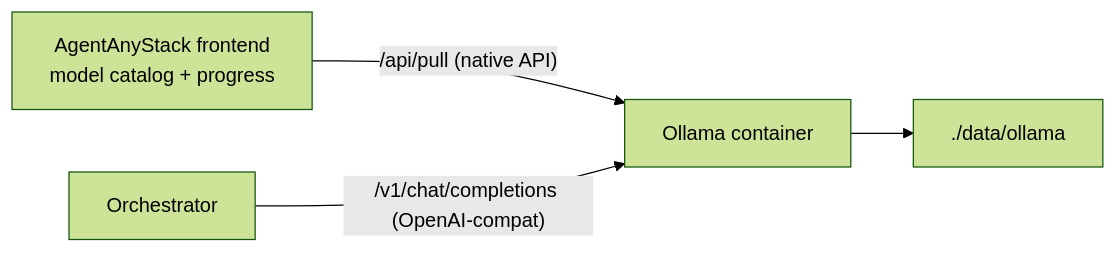
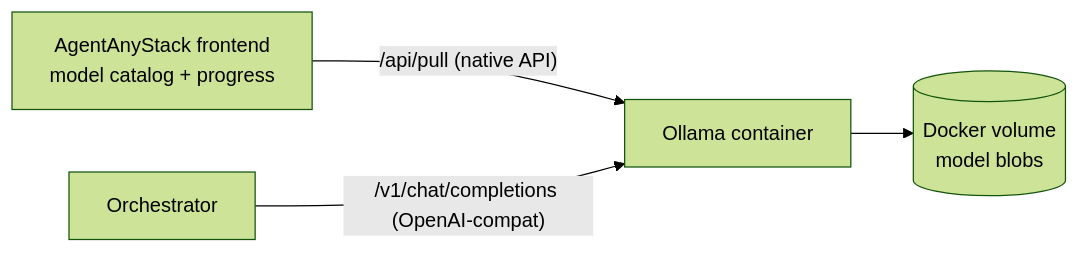
One commit to abhishekjasani/AgentAnyStack changed the seventh of 7 diagrams in docs/LOCAL_MODEL_STACK.md. Above: the diagram before and after it, drawn with Mermaid (forest theme). The commit also changed other lines of this file and 11 other files, not shown here.

````diff
--- a/docs/LOCAL_MODEL_STACK.md
+++ b/docs/LOCAL_MODEL_STACK.md
@@ -202,6 +202,6 @@
 ```mermaid
 flowchart LR
     UI[AgentAnyStack frontend\nmodel catalog + progress] -->|"/api/pull (native API)"| OL[Ollama container]
     ORC[Orchestrator] -->|"/v1/chat/completions (OpenAI-compat)"| OL
-    OL --> VOL["./data/ollama"]
+    OL --> VOL[(Docker volume\nmodel blobs)]
 ```
````
